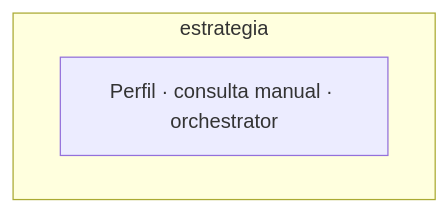
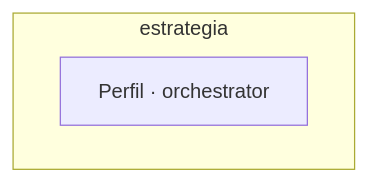
The ninth of 12 diagrams in docs/arquitectura/grafo.md (gustavop-dev/barrio-ai), drawn with Mermaid before and after one commit. The commit also changed other lines of this file and 69 other files, not shown here.

````diff
--- a/docs/arquitectura/grafo.md
+++ b/docs/arquitectura/grafo.md
@@ -347,7 +362,7 @@
 ```mermaid
 flowchart TD
   classDef planned stroke-dasharray: 5 5,fill:#f5f5f5,color:#555;
   subgraph grupo_estrategia["estrategia"]
-    perfil["Perfil · consulta manual · orchestrator"]
+    perfil["Perfil · orchestrator"]
   end
 ```
````
